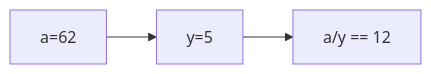
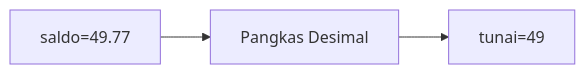
Before and after one commit to amnahwaida/OSNK_INF_PREP: the sixth of 25 diagrams in part-c-pemahaman-cpp/01-tipe-data/latihan/set-03.md, drawn with Mermaid. The commit also changed other lines of this file and 71 other files, not shown here.

````diff
--- a/part-c-pemahaman-cpp/01-tipe-data/latihan/set-03.md
+++ b/part-c-pemahaman-cpp/01-tipe-data/latihan/set-03.md
@@ -185,5 +163,5 @@
 ```mermaid
 graph LR
-A["a=62"] --> B["y=5"]
-B --> C["a/y == 12"]
+A["saldo=49.77"] --> B["Pangkas Desimal"]
+B --> C["tunai=49"]
 ```
````
